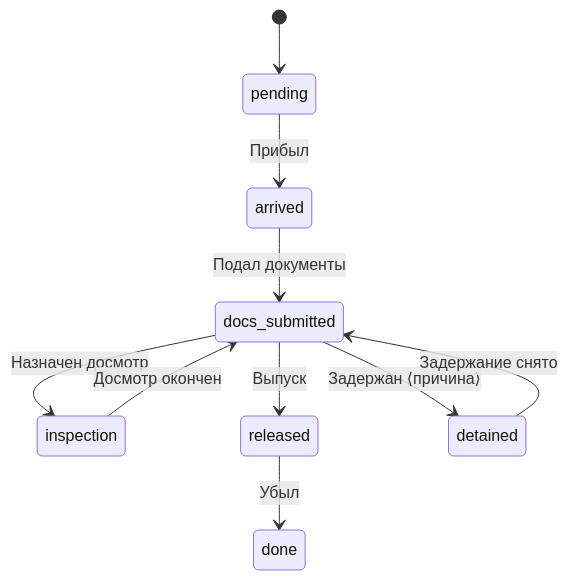
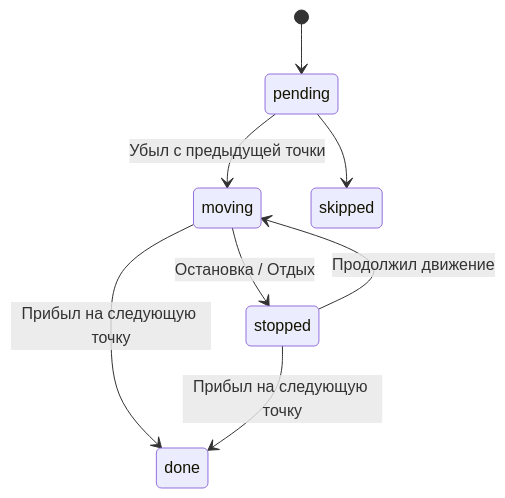
One commit to spite-creator/plobi-chat changed the second of 3 diagrams in docs/state-machine.md. Above: the diagram before and after it, drawn with Mermaid. The commit also changed other lines of this file and 4 other files, not shown here.

````diff
--- a/docs/state-machine.md
+++ b/docs/state-machine.md
@@ -114,12 +87,10 @@
 ```mermaid
 stateDiagram-v2
     [*] --> pending
-    pending --> arrived: Прибыл
-    arrived --> docs_submitted: Подал документы
-    docs_submitted --> inspection: Назначен досмотр
-    inspection --> docs_submitted: Досмотр окончен
-    docs_submitted --> released: Выпуск
-    docs_submitted --> detained: Задержан ⟨причина⟩
-    detained --> docs_submitted: Задержание снято
-    released --> done: Убыл
+    pending --> moving: Убыл с предыдущей точки
+    moving --> stopped: Остановка / Отдых
+    stopped --> moving: Продолжил движение
+    moving --> done: Прибыл на следующую точку
+    stopped --> done: Прибыл на следующую точку
+    pending --> skipped
 ```
````
